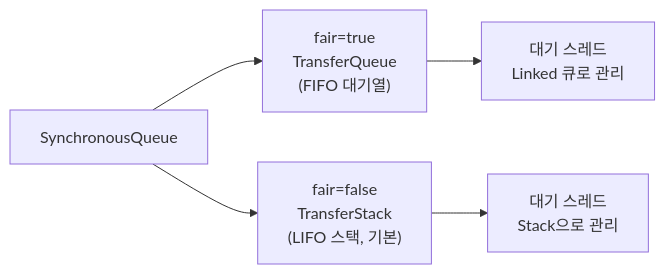
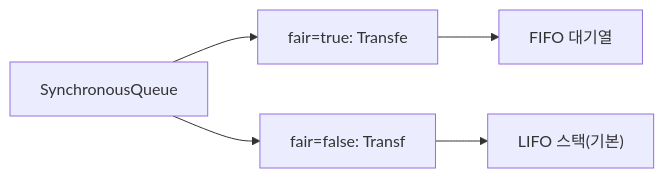
One commit to yjkim2015/yjkim2015.github.io changed the fourth of 7 diagrams in _posts/java/2026-05-12-java-concurrent-collections.md. Above: the diagram before and after it, drawn with Mermaid. The commit also changed other lines of this file and 245 other files, not shown here.

First line of the commit message:
Mermaid 다이어그램 전면 수정 + 면접 포인트 접기/펼치기 + DB 데드락 페이지

````diff
--- a/_posts/java/2026-05-12-java-concurrent-collections.md
+++ b/_posts/java/2026-05-12-java-concurrent-collections.md
@@ -643,7 +642,7 @@
 ```mermaid
 graph LR
-    SQ["SynchronousQueue"] --> Fair["fair=true\nTransferQueue\n(FIFO 대기열)"]
-    SQ --> Unfair["fair=false\nTransferStack\n(LIFO 스택, 기본)"]
-    Fair --> FQ["대기 스레드\nLinked 큐로 관리"]
-    Unfair --> FS["대기 스레드\nStack으로 관리"]
+    SQ["SynchronousQueue"] --> Fair["fair=true: Transfe"]
+    SQ --> Unfair["fair=false: Transf"]
+    Fair --> FQ["FIFO 대기열"]
+    Unfair --> FS["LIFO 스택(기본)"]
 ```
````
